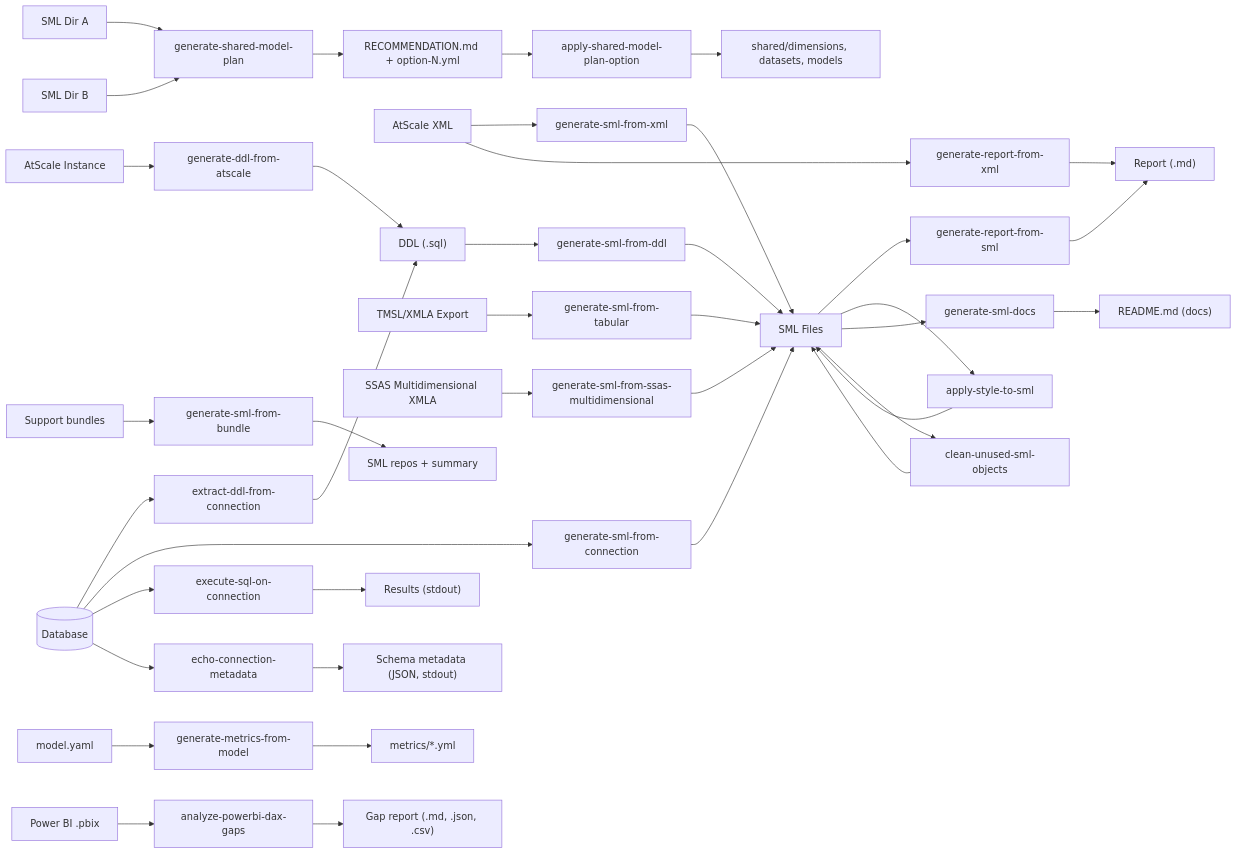
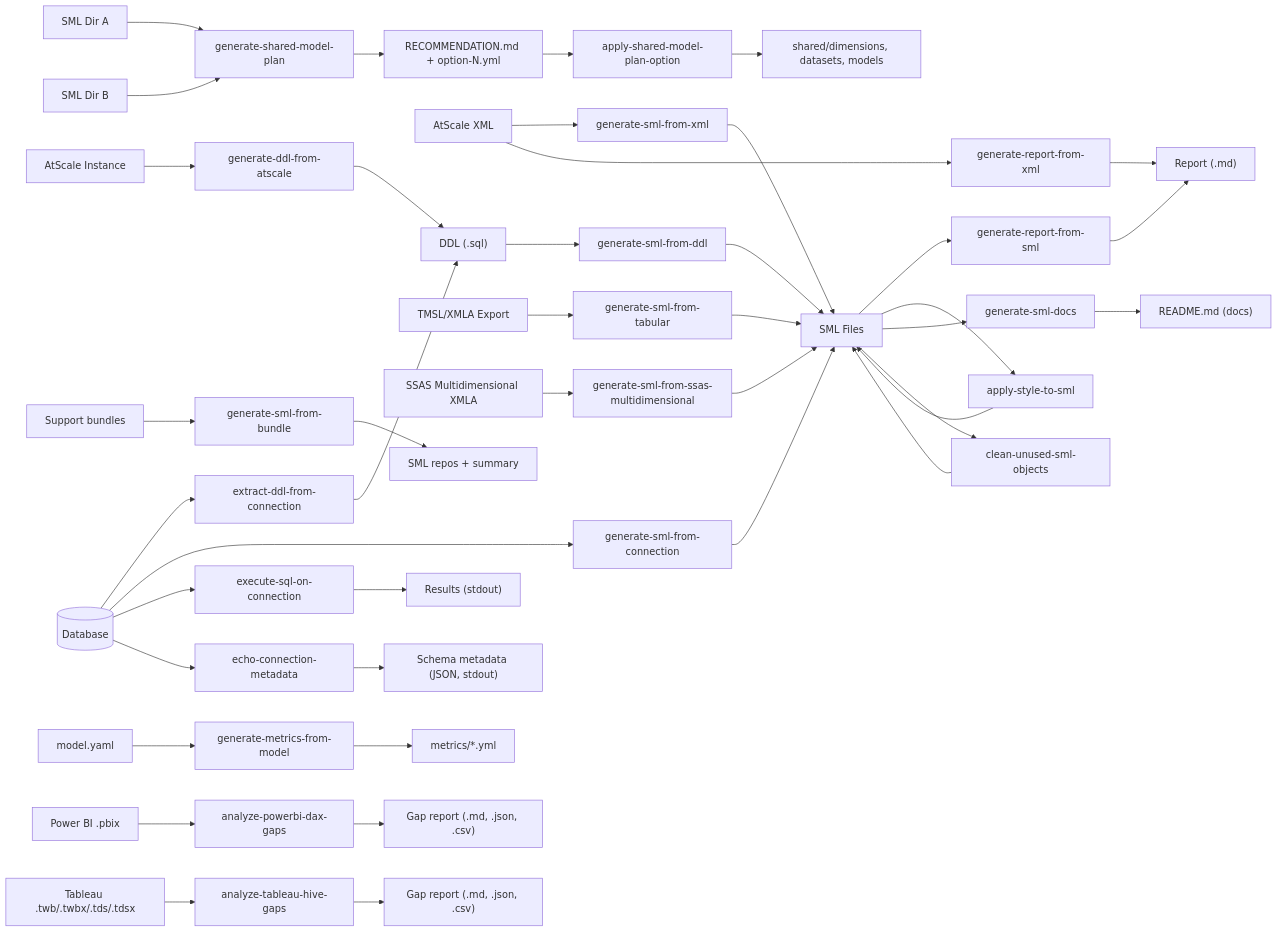
One commit to AtScaleInc/ps-utils changed the second of 9 diagrams in README.md. Above: the diagram before and after it, drawn with Mermaid. The commit also changed other lines of this file and 18 other files, not shown here.

````diff
--- a/README.md
+++ b/README.md
@@ -34,23 +33,24 @@
 ```mermaid
 flowchart LR
     DB[("Database")] --> A["extract-ddl-from-connection"] --> DDL["DDL (.sql)"]
     ATS["AtScale Instance"] --> B["generate-ddl-from-atscale"] --> DDL
     DDL --> C["generate-sml-from-ddl"] --> SML["SML Files"]
     DB --> D["generate-sml-from-connection"] --> SML
     XML["AtScale XML"] --> G["generate-sml-from-xml"] --> SML
     BUNDLE["Support bundles"] --> GB["generate-sml-from-bundle"] --> SMLB["SML repos + summary"]
     TMSL["TMSL/XMLA Export"] --> N["generate-sml-from-tabular"] --> SML
     SSASMD["SSAS Multidimensional XMLA"] --> O["generate-sml-from-ssas-multidimensional"] --> SML
     XML --> L["generate-report-from-xml"] --> RPT["Report (.md)"]
     SML --> M["generate-report-from-sml"] --> RPT
     SML2A["SML Dir A"] --> H["generate-shared-model-plan"] --> PLAN["RECOMMENDATION.md + option-N.yml"]
     SML2B["SML Dir B"] --> H
     PLAN --> I["apply-shared-model-plan-option"] --> SHARED["shared/dimensions, datasets, models"]
     DB --> E["execute-sql-on-connection"] --> OUT["Results (stdout)"]
     MODEL["model.yaml"] --> F["generate-metrics-from-model"] --> METRICS["metrics/*.yml"]
     SML --> J["apply-style-to-sml"] --> SML
     SML --> K["generate-sml-docs"] --> DOCS["README.md (docs)"]
     SML --> CL["clean-unused-sml-objects"] --> SML
     PBIX["Power BI .pbix"] --> P["analyze-powerbi-dax-gaps"] --> GAP["Gap report (.md, .json, .csv)"]
+    TWB["Tableau .twb/.twbx/.tds/.tdsx"] --> TG["analyze-tableau-hive-gaps"] --> TGAP["Gap report (.md, .json, .csv)"]
     DB --> Q["echo-connection-metadata"] --> META["Schema metadata (JSON, stdout)"]
 ```
````
